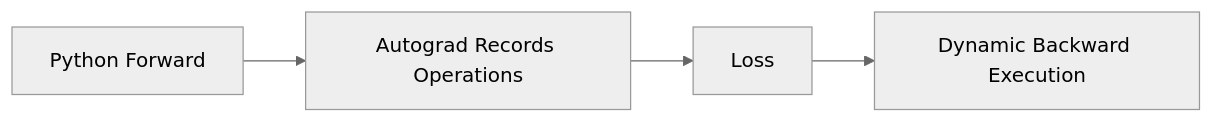
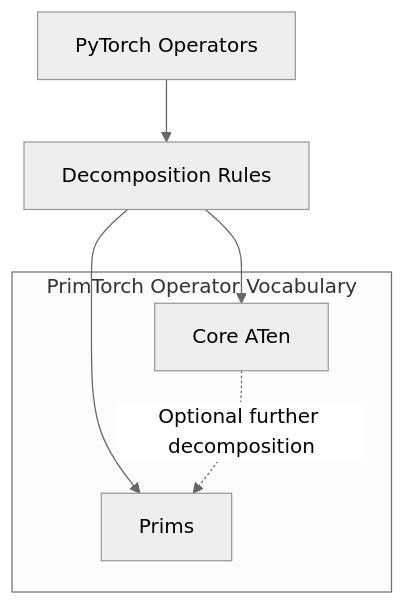
One commit to hdimmfh/hdimmfh.github.io changed the fifth of 17 diagrams in _posts/2026-07-15-PythonToKernels.md. Above: the diagram before and after it, drawn with Mermaid (neutral theme). The commit also changed other lines of this file, not shown here.

````diff
--- a/_posts/2026-07-15-PythonToKernels.md
+++ b/_posts/2026-07-15-PythonToKernels.md
@@ -206,11 +201,15 @@
 ```mermaid
-flowchart LR
-    PY["Python Forward"]
-    TAPE["Autograd Records Operations"]
-    LOSS["Loss"]
-    BACKWARD["Dynamic Backward Execution"]
+flowchart TD
+    HIGH["PyTorch Operators"]
+    RULES["Decomposition Rules"]
 
-    PY --> TAPE
-    TAPE --> LOSS
-    LOSS --> BACKWARD
+    subgraph PRIMTORCH["PrimTorch Operator Vocabulary"]
+        CORE["Core ATen"]
+        PRIMS["Prims"]
+    end
+
+    HIGH --> RULES
+    RULES --> CORE
+    RULES --> PRIMS
+    CORE -. "Optional further decomposition" .-> PRIMS
 ```
````
